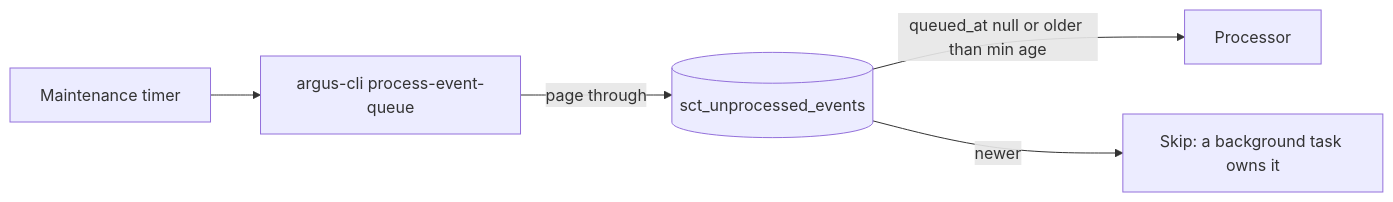
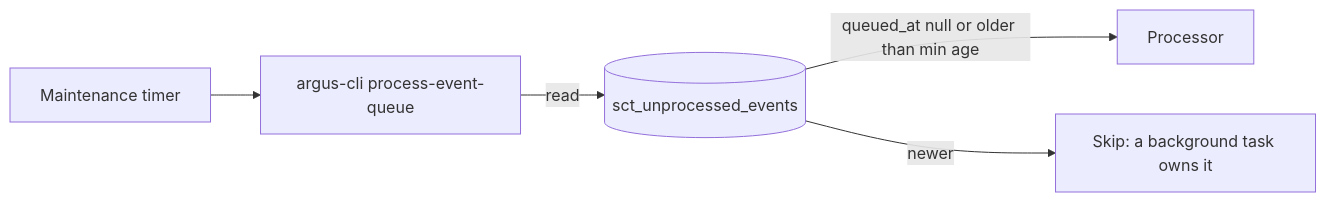
Before and after one commit to scylladb/argus: the second of 2 diagrams in tasks/ARGUS-257/spec.md, drawn with Mermaid. The commit also changed other lines of this file and 8 other files, not shown here.

First line of the commit message:
fix(sct-events): start the event processor with the worker

````diff
--- a/tasks/ARGUS-257/spec.md
+++ b/tasks/ARGUS-257/spec.md
@@ -72,7 +77,7 @@
 ```mermaid
 flowchart LR
     T[Maintenance timer] --> S[argus-cli process-event-queue]
-    S -->|page through| Q[(sct_unprocessed_events)]
+    S -->|read| Q[(sct_unprocessed_events)]
     Q -->|queued_at null or older than min age| P[Processor]
     Q -->|newer| K[Skip: a background task owns it]
 ```
````
